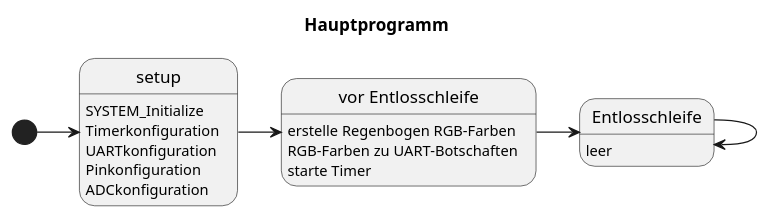
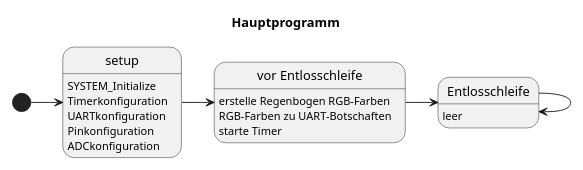
Before and after one commit to ffly90/ra-projekt: the diagram in sw.wsd, drawn with PlantUML. The commit also changed 5 other files, not shown here.

```diff
--- a/sw.wsd
+++ b/sw.wsd
@@ -1,21 +1,22 @@
 @startuml
+scale 0.75
 hide empty description
 Title Hauptprogramm
 state "setup" as s
 s : SYSTEM_Initialize
 s : Timerkonfiguration
 s : UARTkonfiguration
 s : Pinkonfiguration
 s : ADCkonfiguration 
 [*] -right-> s
 state "vor Entlosschleife" as bl{
 bl : erstelle Regenbogen RGB-Farben
 bl : RGB-Farben zu UART-Botschaften
 bl : starte Timer
 }
 s -right-> bl
 state "Entlosschleife" as l
 l : leer
 bl -right-> l
 l --> l
 @endumls
```
